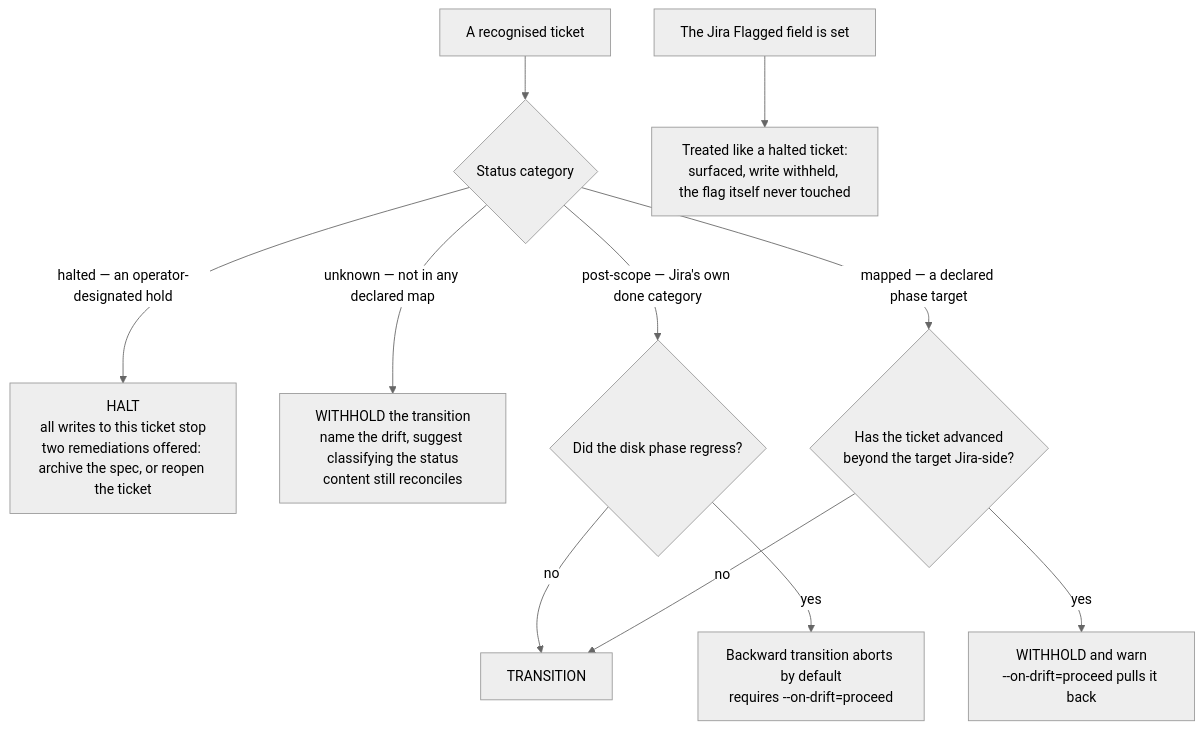
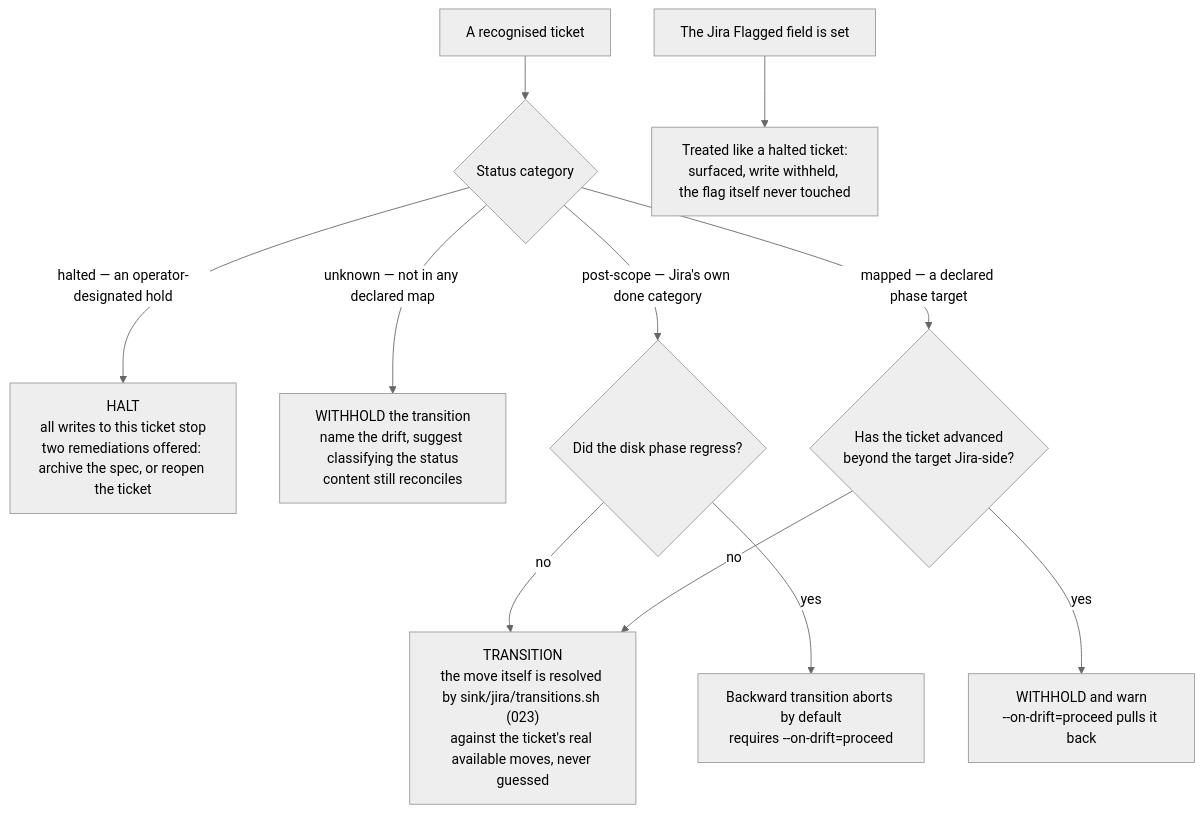
The fourth of 7 diagrams in docs/08-safety-model.md (Fyloss/spec-kit-jira), drawn with Mermaid (neutral theme) before and after one commit. The commit also changed other lines of this file and 129 other files, not shown here.

````diff
--- a/docs/08-safety-model.md
+++ b/docs/08-safety-model.md
@@ -139,17 +139,17 @@
 ```mermaid
 flowchart TD
     Start["A recognised ticket"] --> Cat{"Status category"}
 
     Cat -->|"halted — an operator-designated hold"| Halt["HALT<br/>all writes to this ticket stop<br/>two remediations offered: archive the spec, or reopen the ticket"]
     Cat -->|"unknown — not in any declared map"| With1["WITHHOLD the transition<br/>name the drift, suggest classifying the status<br/>content still reconciles"]
     Cat -->|"post-scope — Jira's own done category"| Post{"Did the disk phase regress?"}
     Cat -->|"mapped — a declared phase target"| Mapped{"Has the ticket advanced<br/>beyond the target Jira-side?"}
 
-    Post -->|"no"| Trans["TRANSITION"]
+    Post -->|"no"| Trans["TRANSITION<br/>the move itself is resolved by sink/jira/transitions.sh (023)<br/>against the ticket's real available moves, never guessed"]
     Post -->|"yes"| Abort["Backward transition aborts by default<br/>requires --on-drift=proceed"]
 
     Mapped -->|"yes"| With2["WITHHOLD and warn<br/>--on-drift=proceed pulls it back"]
     Mapped -->|"no"| Trans
 
     Flagged["The Jira Flagged field is set"] --> HaltLike["Treated like a halted ticket:<br/>surfaced, write withheld, the flag itself never touched"]
 ```
````
